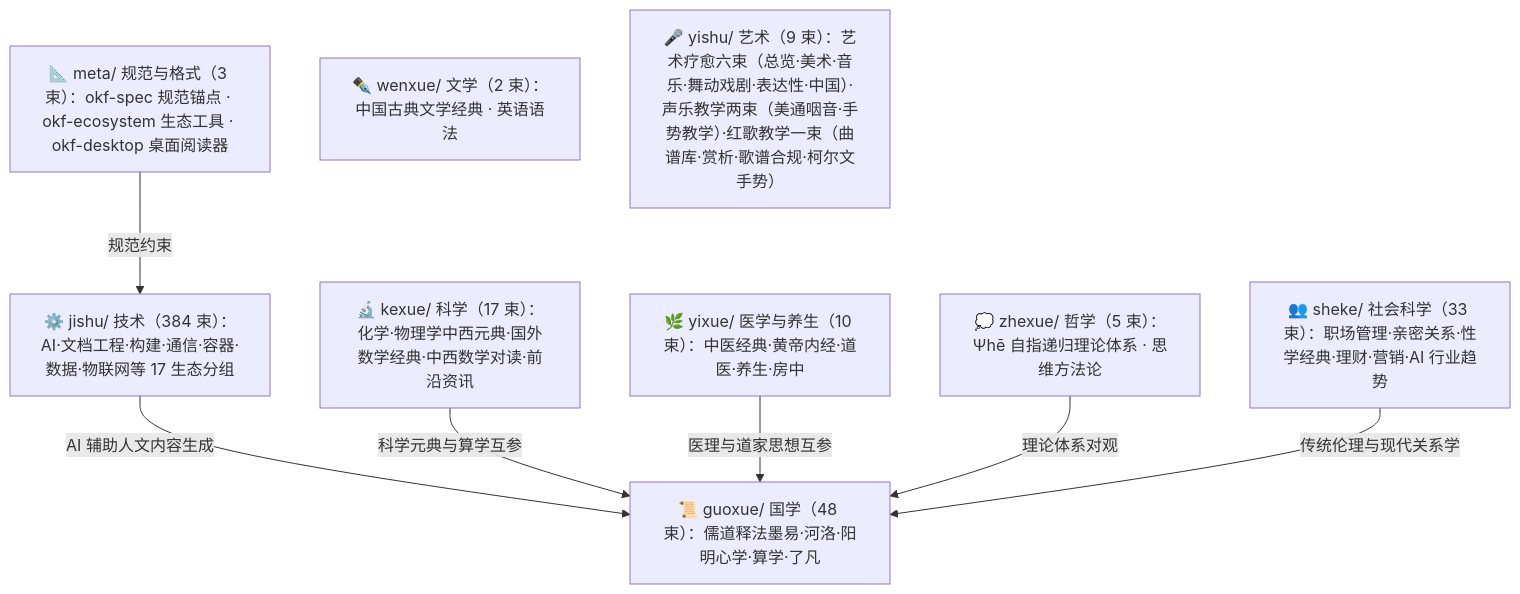
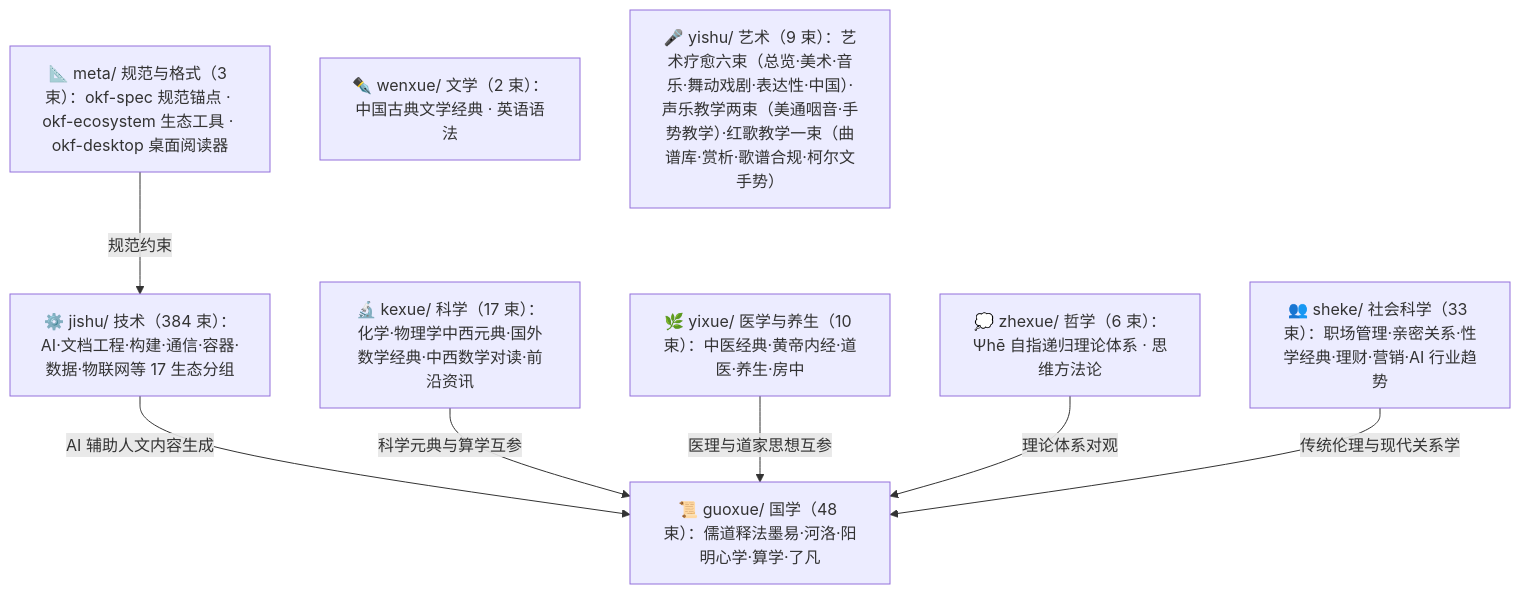
The diagram in doc/bundles/index.md (awesome-flexloop/awesome-okf), drawn with Mermaid before and after one commit. The commit also changed other lines of this file and 47 other files, not shown here.

````diff
--- a/doc/bundles/index.md
+++ b/doc/bundles/index.md
@@ -21,18 +21,18 @@
 ```mermaid
 flowchart TD
     meta["📐 meta/ 规范与格式（3 束）：okf-spec 规范锚点 · okf-ecosystem 生态工具 · okf-desktop 桌面阅读器"]
     guoxue["📜 guoxue/ 国学（48 束）：儒道释法墨易·河洛·阳明心学·算学·了凡"]
-    zhexue["💭 zhexue/ 哲学（5 束）：Ψhē 自指递归理论体系 · 思维方法论"]
+    zhexue["💭 zhexue/ 哲学（6 束）：Ψhē 自指递归理论体系 · 思维方法论"]
     kexue["🔬 kexue/ 科学（17 束）：化学·物理学中西元典·国外数学经典·中西数学对读·前沿资讯"]
     wenxue["✒️ wenxue/ 文学（2 束）：中国古典文学经典 · 英语语法"]
     yixue["🌿 yixue/ 医学与养生（10 束）：中医经典·黄帝内经·道医·养生·房中"]
     sheke["👥 sheke/ 社会科学（33 束）：职场管理·亲密关系·性学经典·理财·营销·AI 行业趋势"]
     yishu["🎤 yishu/ 艺术（9 束）：艺术疗愈六束（总览·美术·音乐·舞动戏剧·表达性·中国）·声乐教学两束（美通咽音·手势教学）·红歌教学一束（曲谱库·赏析·歌谱合规·柯尔文手势）"]
     jishu["⚙️ jishu/ 技术（384 束）：AI·文档工程·构建·通信·容器·数据·物联网等 17 生态分组"]
     meta -->|"规范约束"| jishu
     jishu -->|"AI 辅助人文内容生成"| guoxue
     kexue -->|"科学元典与算学互参"| guoxue
     yixue -->|"医理与道家思想互参"| guoxue
     zhexue -->|"理论体系对观"| guoxue
     sheke -->|"传统伦理与现代关系学"| guoxue
 ```
````
